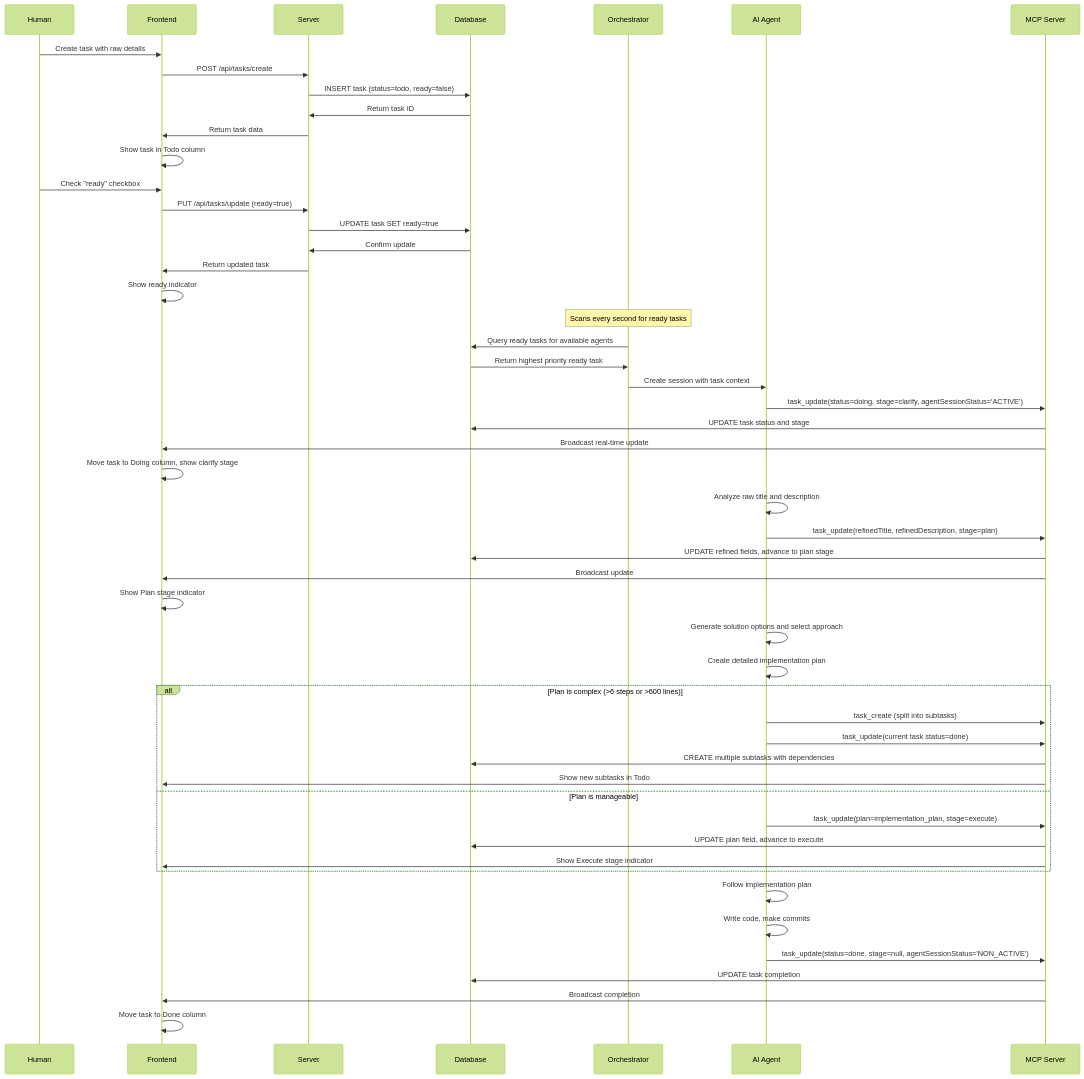
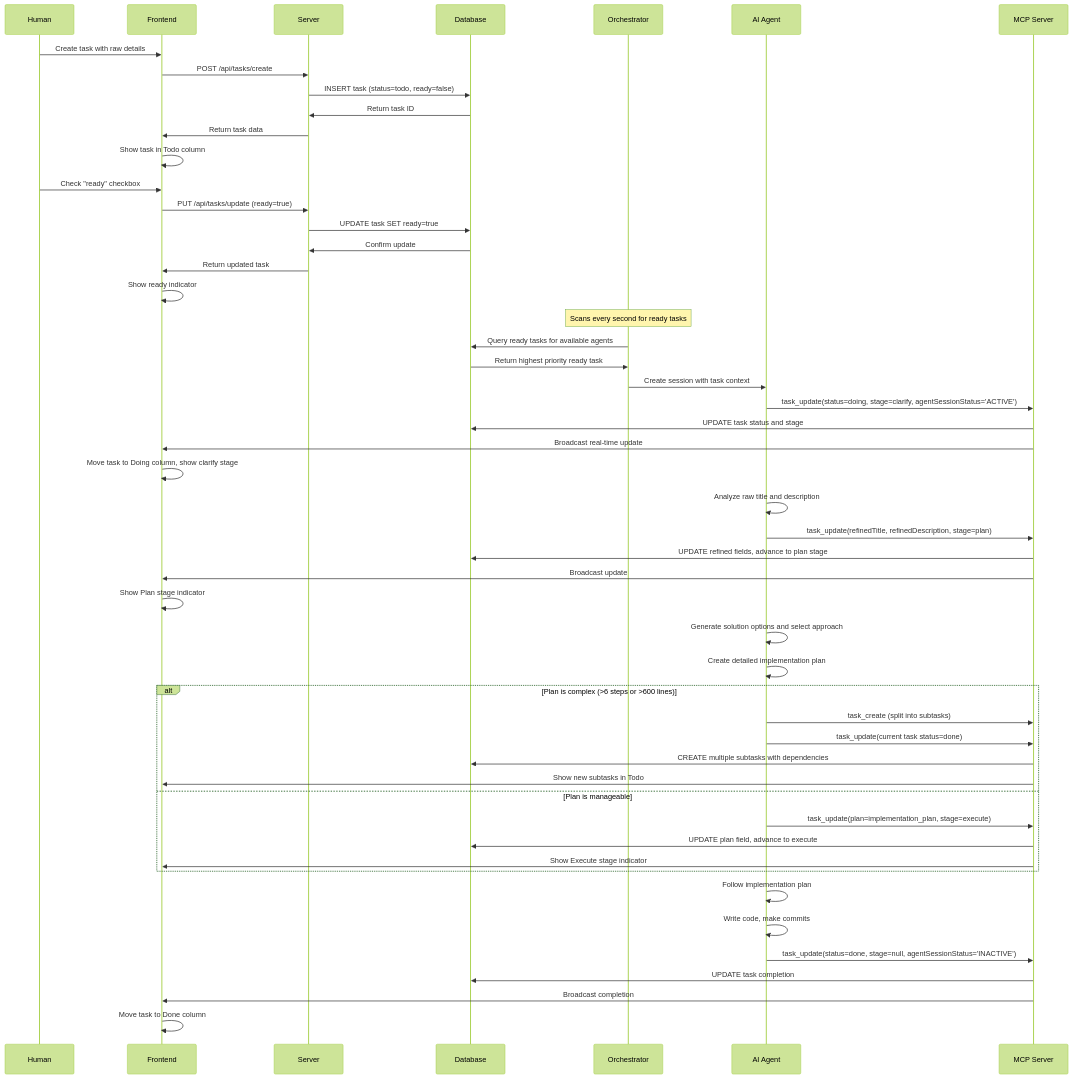
The first of 4 diagrams in docs/feature-flows/task-lifecycle.md (ivawzh/v0-bun-hono-tanstack-router), drawn with Mermaid (forest theme) before and after one commit. The commit also changed other lines of this file and 24 other files, not shown here.

First line of the commit message:
feat: global rename NON_ACTIVE to INACTIVE for agentSessionStatus enum

````diff
--- a/docs/feature-flows/task-lifecycle.md
+++ b/docs/feature-flows/task-lifecycle.md
@@ -39,65 +39,65 @@
 ```mermaid
 sequenceDiagram
     participant H as Human
     participant UI as Frontend
     participant S as Server
     participant DB as Database
     participant O as Orchestrator
     participant AI as AI Agent
     participant MCP as MCP Server
 
     %% Task Creation
     H->>UI: Create task with raw details
     UI->>S: POST /api/tasks/create
     S->>DB: INSERT task (status=todo, ready=false)
     DB->>S: Return task ID
     S->>UI: Return task data
     UI->>UI: Show task in Todo column
 
     %% Human Marks Ready
     H->>UI: Check "ready" checkbox
     UI->>S: PUT /api/tasks/update (ready=true)
     S->>DB: UPDATE task SET ready=true
     DB->>S: Confirm update
     S->>UI: Return updated task
     UI->>UI: Show ready indicator
 
     %% AI Orchestrator Picks Up Task
     Note over O: Scans every second for ready tasks
     O->>DB: Query ready tasks for available agents
     DB->>O: Return highest priority ready task
     O->>AI: Create session with task context
     AI->>MCP: task_update(status=doing, stage=clarify, agentSessionStatus='ACTIVE')
     MCP->>DB: UPDATE task status and stage
     MCP->>UI: Broadcast real-time update
     UI->>UI: Move task to Doing column, show clarify stage
 
     %% clarify Stage
     AI->>AI: Analyze raw title and description
     AI->>MCP: task_update(refinedTitle, refinedDescription, stage=plan)
     MCP->>DB: UPDATE refined fields, advance to plan stage
     MCP->>UI: Broadcast update
     UI->>UI: Show Plan stage indicator
 
     %% Plan Stage
     AI->>AI: Generate solution options and select approach
     AI->>AI: Create detailed implementation plan
     alt Plan is complex (>6 steps or >600 lines)
         AI->>MCP: task_create (split into subtasks)
         AI->>MCP: task_update(current task status=done)
         MCP->>DB: CREATE multiple subtasks with dependencies
         MCP->>UI: Show new subtasks in Todo
     else Plan is manageable
         AI->>MCP: task_update(plan=implementation_plan, stage=execute)
         MCP->>DB: UPDATE plan field, advance to execute
         MCP->>UI: Show Execute stage indicator
     end
 
     %% Execute Stage
     AI->>AI: Follow implementation plan
     AI->>AI: Write code, make commits
-    AI->>MCP: task_update(status=done, stage=null, agentSessionStatus='NON_ACTIVE')
+    AI->>MCP: task_update(status=done, stage=null, agentSessionStatus='INACTIVE')
     MCP->>DB: UPDATE task completion
     MCP->>UI: Broadcast completion
     UI->>UI: Move task to Done column
 ```
````
